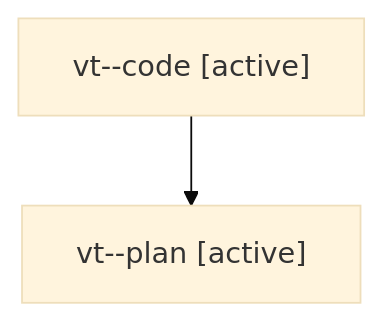
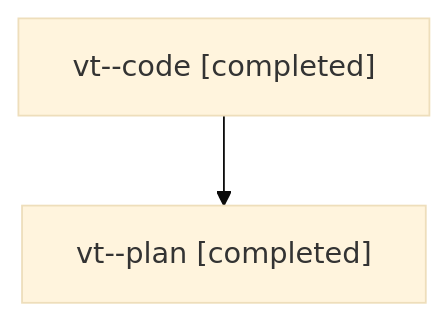
The diagram in families/bbugyi200.athena.vt.md (sase-org/sase--agents), drawn with Mermaid (base theme) before and after one commit. The commit also changed other lines of this file and 1506 other files, not shown here.

````diff
--- a/families/bbugyi200.athena.vt.md
+++ b/families/bbugyi200.athena.vt.md
@@ -9,6 +9,6 @@
 ```mermaid
 flowchart TD
-  n0["vt--code [active]"]
-  n1["vt--plan [active]"]
+  n0["vt--code [completed]"]
+  n1["vt--plan [completed]"]
   n0 --> n1
 ```
````
